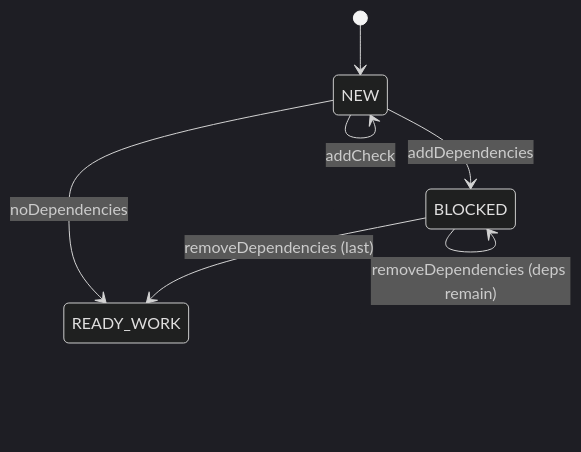
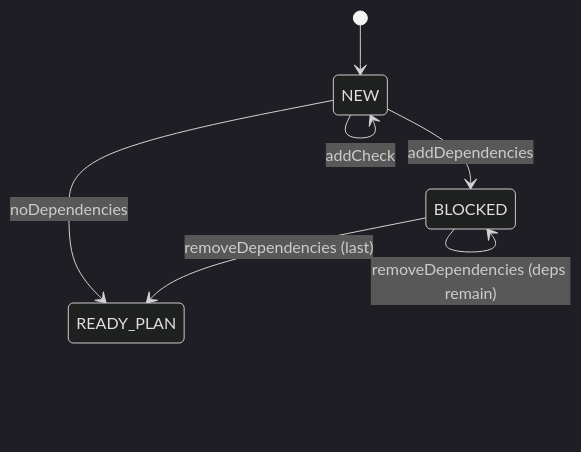
The third of 11 diagrams in README.md (Pyrolistical/task-graph-template), drawn with Mermaid (dark theme) before and after one commit. The commit also changed other lines of this file and 47 other files, not shown here.

````diff
--- a/README.md
+++ b/README.md
@@ -500,11 +534,11 @@
 ```mermaid
 stateDiagram-v2
     [*] --> NEW
     NEW --> NEW : addTodo
     NEW --> NEW : addCheck
     NEW --> BLOCKED : addDependencies
-    NEW --> READY_WORK : noDependencies
+    NEW --> READY_PLAN : noDependencies
     BLOCKED --> BLOCKED : addDependencies
     BLOCKED --> BLOCKED : removeDependencies (deps remain)
-    BLOCKED --> READY_WORK : removeDependencies (last)
+    BLOCKED --> READY_PLAN : removeDependencies (last)
 ```
````
